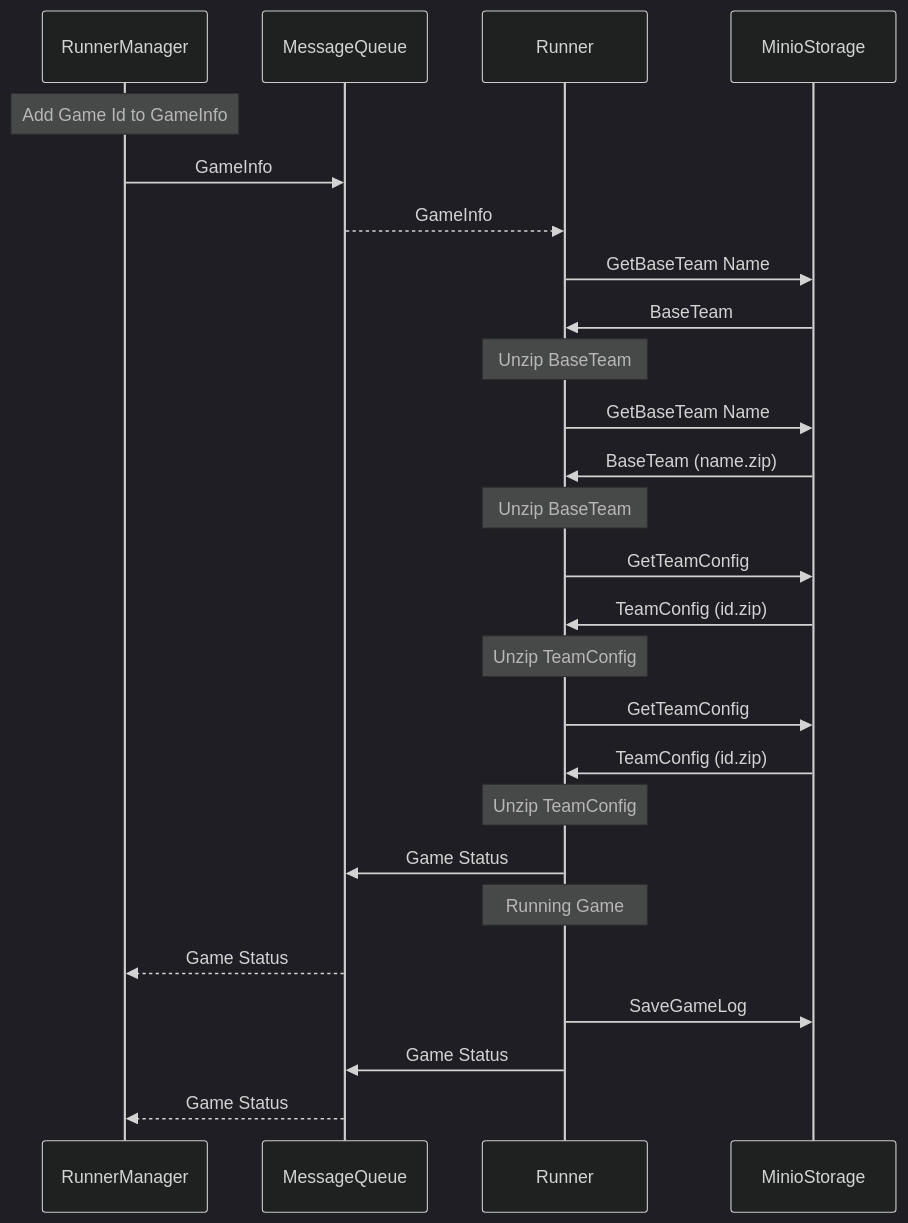
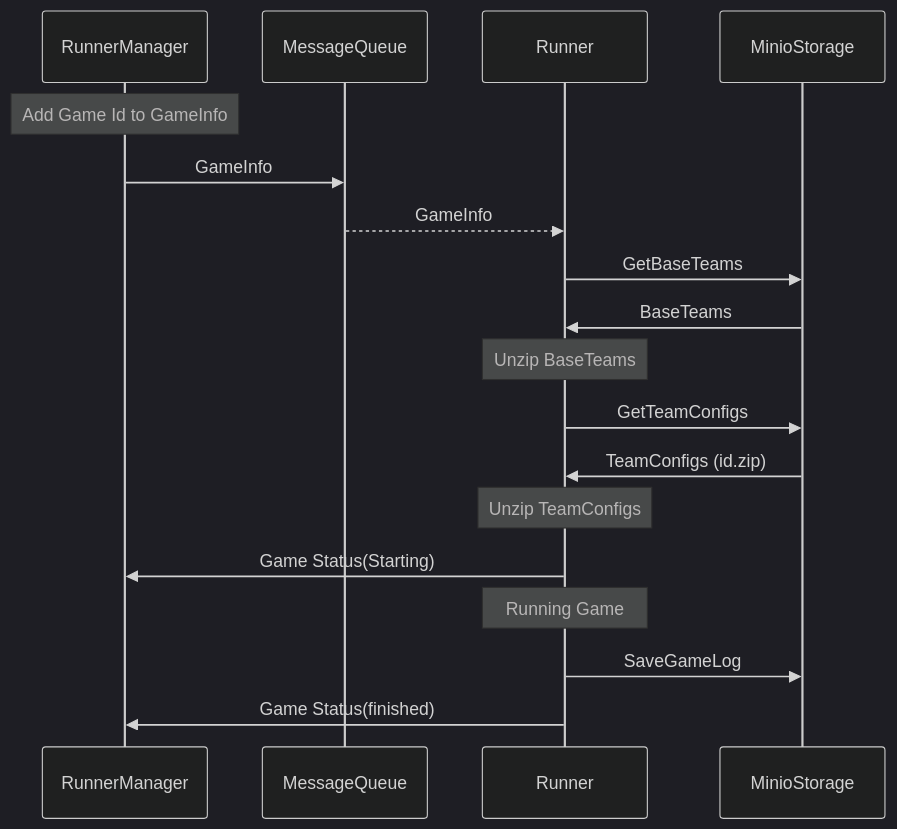
One commit to RCSS-Tournament-Manager/foxsy-tournament-manager changed the second of 3 diagrams in runner/readme.md. Above: the diagram before and after it, drawn with Mermaid (dark theme). The commit also changed other lines of this file, not shown here.

````diff
--- a/runner/readme.md
+++ b/runner/readme.md
@@ -43,28 +44,20 @@
 ```mermaid
 sequenceDiagram
     participant RM as RunnerManager
     participant MQ as MessageQueue
     participant R as Runner
     participant S as MinioStorage
     Note over RM: Add Game Id to GameInfo
     RM->>MQ: GameInfo
     MQ-->>R: GameInfo
-    R->>S: GetBaseTeam Name
-    S->>R: BaseTeam
-    Note over R: Unzip BaseTeam
-    R->>S: GetBaseTeam Name
-    S->>R: BaseTeam (name.zip)
-    Note over R: Unzip BaseTeam
-    R->>S: GetTeamConfig
-    S->>R: TeamConfig (id.zip)
-    Note over R: Unzip TeamConfig
-    R->>S: GetTeamConfig
-    S->>R: TeamConfig (id.zip)
-    Note over R: Unzip TeamConfig
-    R->>MQ: Game Status
+    R->>S: GetBaseTeams
+    S->>R: BaseTeams
+    Note over R: Unzip BaseTeams
+    R->>S: GetTeamConfigs
+    S->>R: TeamConfigs (id.zip)
+    Note over R: Unzip TeamConfigs
+    R->>RM: Game Status(Starting)
     Note over R: Running Game
-    MQ-->>RM: Game Status
     R->>S: SaveGameLog
-    R->>MQ: Game Status
-    MQ-->>RM: Game Status
+    R->>RM: Game Status(finished)
 ```
````
